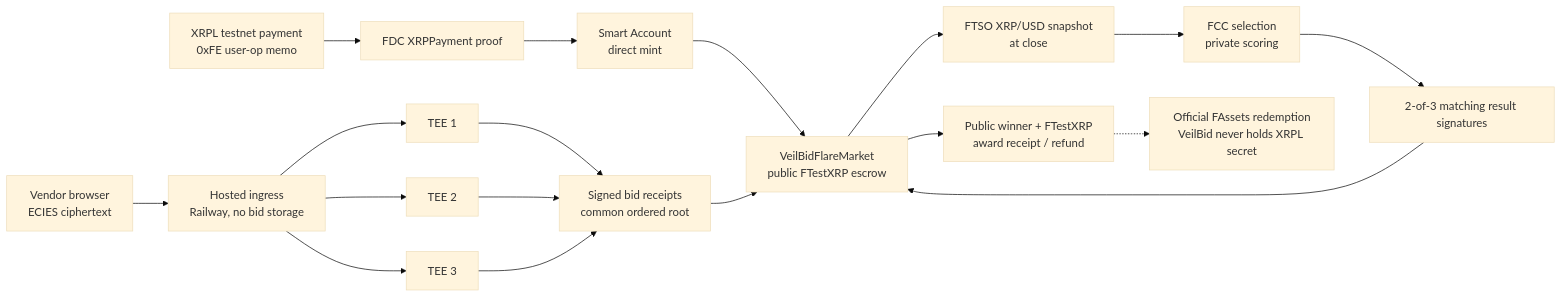
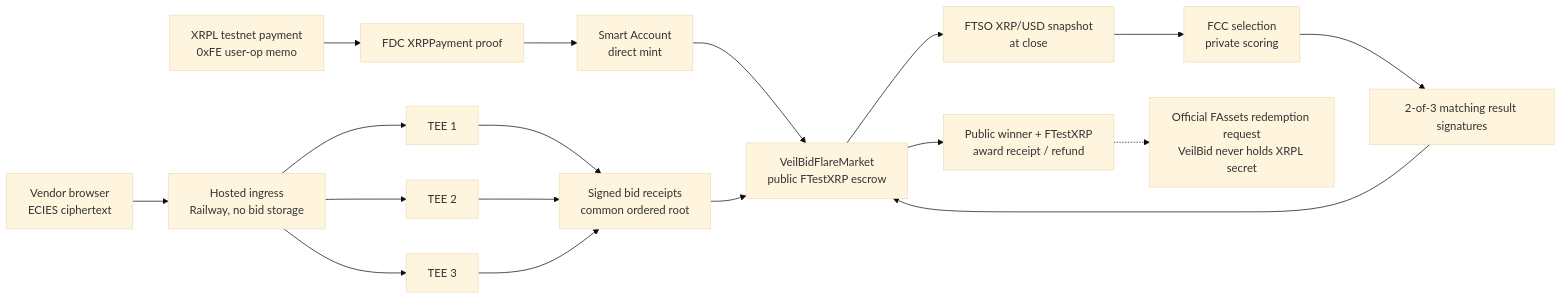
The diagram in submission/flare/README.md (huutrungle2001/flare-quorum), drawn with Mermaid (base theme) before and after one commit. The commit also changed other lines of this file and 9 other files, not shown here.

Commit message:
evidence(flare): verify fassets redemption request

````diff
--- a/submission/flare/README.md
+++ b/submission/flare/README.md
@@ -92,20 +98,20 @@
 ```mermaid
 flowchart LR
   XRPL[XRPL testnet payment\n0xFE user-op memo] --> FDC[FDC XRPPayment proof]
   FDC --> SA[Smart Account\ndirect mint]
   SA --> M[VeilBidFlareMarket\npublic FTestXRP escrow]
   V[Vendor browser\nECIES ciphertext] --> G[Hosted ingress\nRailway, no bid storage]
   G --> T1[TEE 1]
   G --> T2[TEE 2]
   G --> T3[TEE 3]
   T1 --> R[Signed bid receipts\ncommon ordered root]
   T2 --> R
   T3 --> R
   R --> M
   M --> F[FTSO XRP/USD snapshot\nat close]
   F --> S[FCC selection\nprivate scoring]
   S --> Q[2-of-3 matching result signatures]
   Q --> M
   M --> A[Public winner + FTestXRP\naward receipt / refund]
-  A -.-> X[Official FAssets redemption\nVeilBid never holds XRPL secret]
+  A -.-> X[Official FAssets redemption request\nVeilBid never holds XRPL secret]
 ```
````
